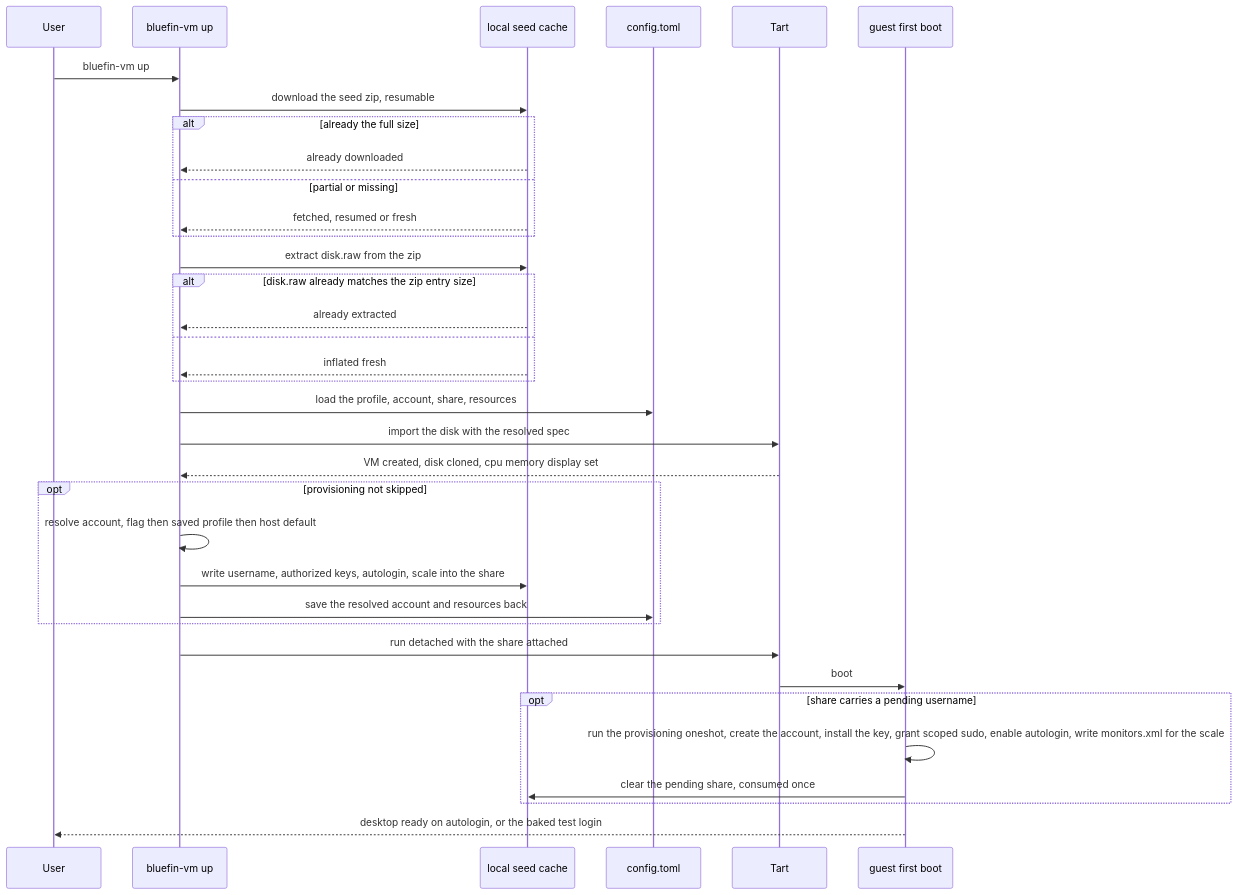
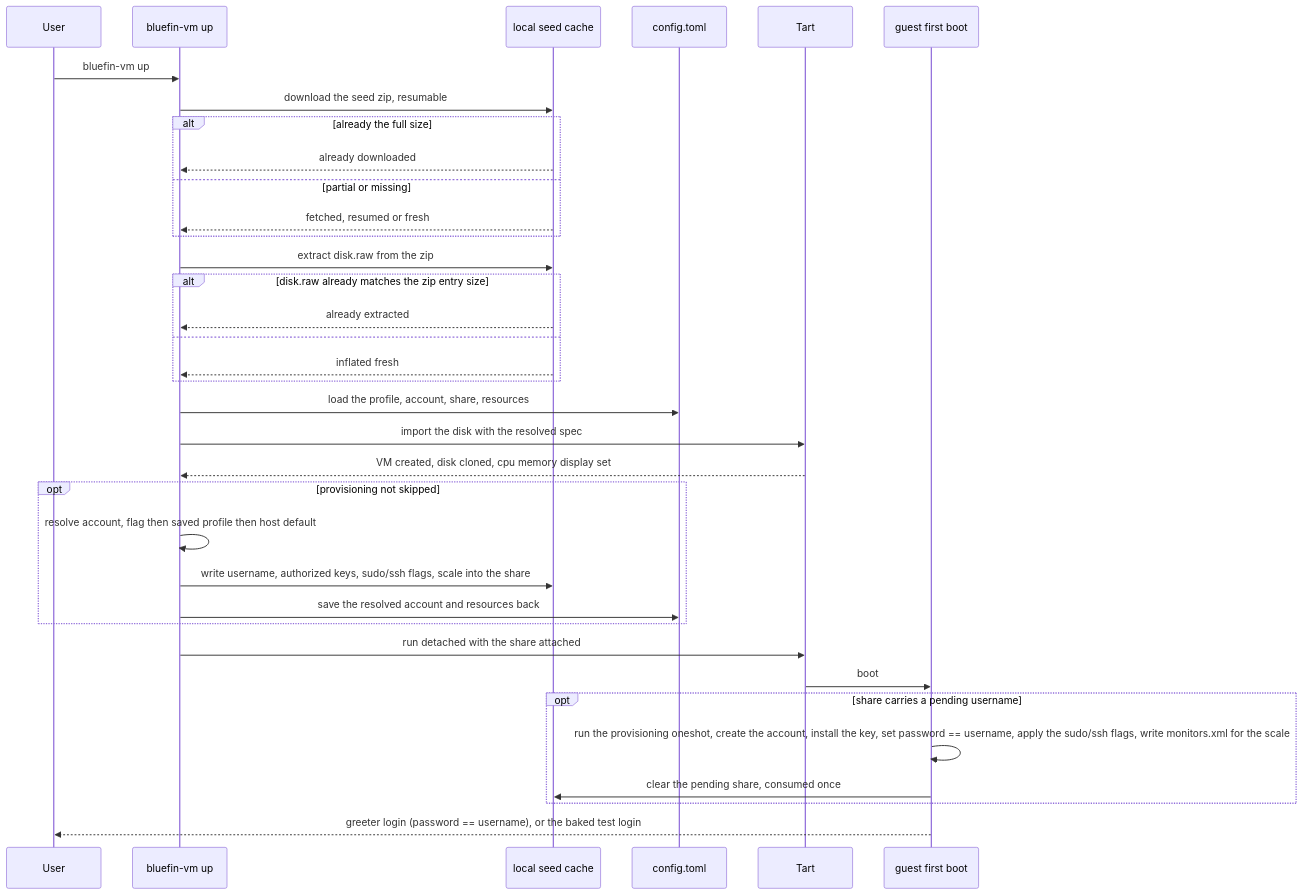
One commit to bluefing/bluefin-vm changed the diagram in docs/diagrams/vm-up.md. Above: the diagram before and after it, drawn with Mermaid. The commit also changed 16 other files, not shown here.

````diff
--- a/docs/diagrams/vm-up.md
+++ b/docs/diagrams/vm-up.md
@@ -9,38 +9,38 @@
 ```mermaid
 sequenceDiagram
     participant User
     participant CLI as bluefin-vm up
     participant Cache as local seed cache
     participant Config as config.toml
     participant Tart
     participant Guest as guest first boot
 
     User->>CLI: bluefin-vm up
     CLI->>Cache: download the seed zip, resumable
     alt already the full size
         Cache-->>CLI: already downloaded
     else partial or missing
         Cache-->>CLI: fetched, resumed or fresh
     end
     CLI->>Cache: extract disk.raw from the zip
     alt disk.raw already matches the zip entry size
         Cache-->>CLI: already extracted
     else
         Cache-->>CLI: inflated fresh
     end
     CLI->>Config: load the profile, account, share, resources
     CLI->>Tart: import the disk with the resolved spec
     Tart-->>CLI: VM created, disk cloned, cpu memory display set
     opt provisioning not skipped
         CLI->>CLI: resolve account, flag then saved profile then host default
-        CLI->>Cache: write username, authorized keys, autologin, scale into the share
+        CLI->>Cache: write username, authorized keys, sudo/ssh flags, scale into the share
         CLI->>Config: save the resolved account and resources back
     end
     CLI->>Tart: run detached with the share attached
     Tart->>Guest: boot
     opt share carries a pending username
-        Guest->>Guest: run the provisioning oneshot, create the account, install the key, grant scoped sudo, enable autologin, write monitors.xml for the scale
+        Guest->>Guest: run the provisioning oneshot, create the account, install the key, set password == username, apply the sudo/ssh flags, write monitors.xml for the scale
         Guest->>Cache: clear the pending share, consumed once
     end
-    Guest-->>User: desktop ready on autologin, or the baked test login
+    Guest-->>User: greeter login (password == username), or the baked test login
 ```
````
